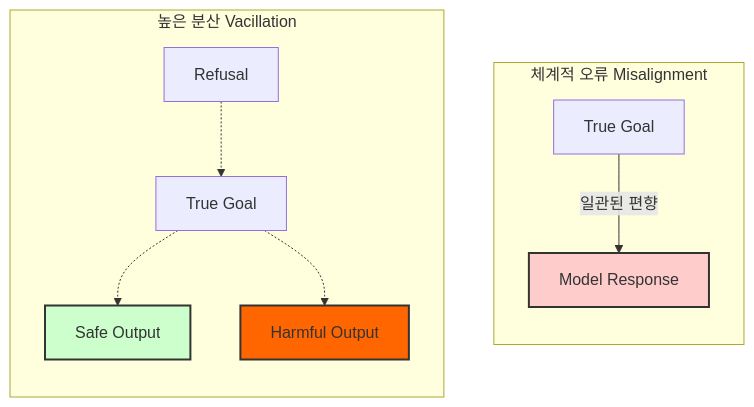
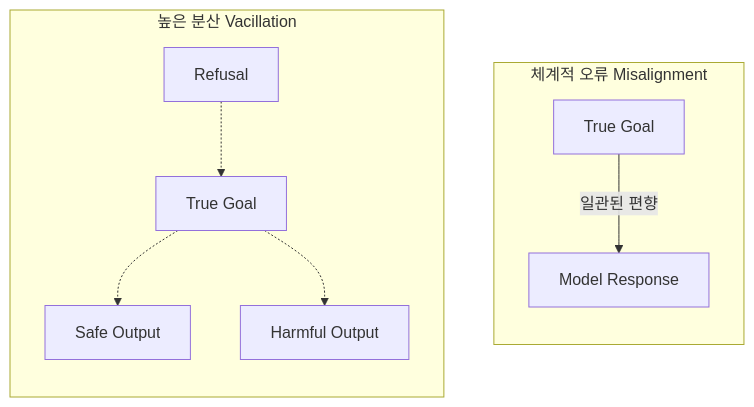
The diagram in content/post/AI/AI-Safety-체계적-오류보다-위험한-갈팡질팡Variance-분석/index.md (rebugui/rebugui.github.io), drawn with Mermaid before and after one commit. The commit also changed 14 other files, not shown here.

First line of the commit message:
fix: 최근 3일간 블로그 Mermaid 다이어그램 스타일 제거

````diff
--- a/content/post/AI/AI-Safety-체계적-오류보다-위험한-갈팡질팡Variance-분석/index.md
+++ b/content/post/AI/AI-Safety-체계적-오류보다-위험한-갈팡질팡Variance-분석/index.md
@@ -39,25 +39,22 @@
 ```mermaid
 graph TD
     subgraph Systematic_Error [체계적 오류 Misalignment]
         direction TB
         SE_Target[True Goal]
         SE_Response[Model Response]
         SE_Target -- 일관된 편향 --> SE_Response
-        style SE_Response fill:#ffcccc,stroke:#333,stroke-width:2px
     end
 
     subgraph High_Variance [높은 분산 Vacillation]
         direction TB
         HV_Target[True Goal]
         HV_Response1[Safe Output]
         HV_Response2[Harmful Output]
         HV_Response3[Refusal]
         
         HV_Target -.-> HV_Response1
         HV_Target -.-> HV_Response2
         HV_Response3 -.-> HV_Target
         
-        style HV_Response2 fill:#ff6600,stroke:#333,stroke-width:2px
-        style HV_Response1 fill:#ccffcc,stroke:#333,stroke-width:2px
     end
 ```
````
